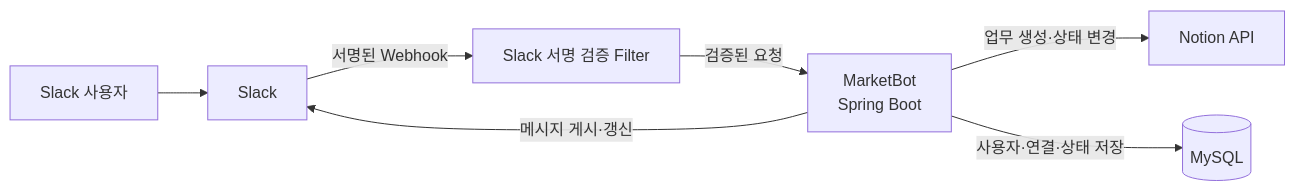
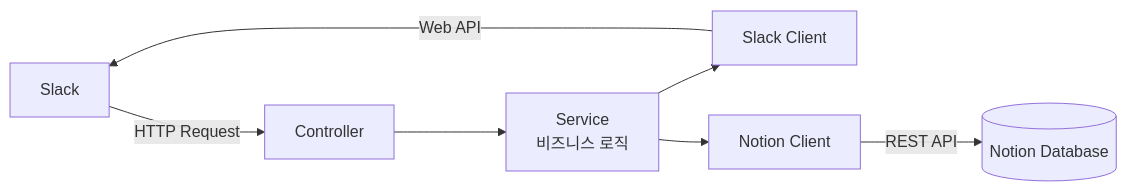
Before and after one commit to yunjh99/WorkTrace: the diagram in README.md, drawn with Mermaid. The commit also changed other lines of this file and 84 other files, not shown here.

Commit message:
feat: Slack-Notion 업무 자동화 구현

````diff
--- a/README.md
+++ b/README.md
@@ -114,9 +67,9 @@
 ```mermaid
 flowchart LR
-    U[Slack 사용자] --> S[Slack]
-    S -->|서명된 Webhook| F[Slack 서명 검증 Filter]
-    F -->|검증된 요청| A[MarketBot<br/>Spring Boot]
-    A -->|메시지 게시·갱신| S
-    A -->|업무 생성·상태 변경| N[Notion API]
-    A -->|사용자·연결·상태 저장| M[(MySQL)]
+    Slack[Slack] -->|HTTP Request| Controller[Controller]
+    Controller --> Service[Service<br/>비즈니스 로직]
+    Service --> SlackClient[Slack Client]
+    Service --> NotionClient[Notion Client]
+    SlackClient -->|Web API| Slack
+    NotionClient -->|REST API| Notion[(Notion Database)]
 ```
````
